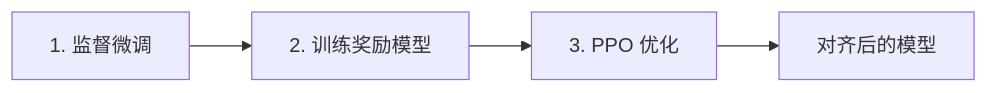
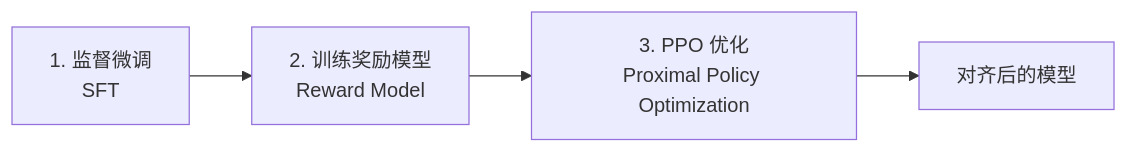
The diagram in source/chapter_06_safety/02_harmlessness.rst (noisystreet/agent_keytech), drawn with Mermaid before and after one commit. The commit also changed other lines of this file and 10 other files, not shown here.

```diff
--- a/source/chapter_06_safety/02_harmlessness.rst
+++ b/source/chapter_06_safety/02_harmlessness.rst
@@ -13,6 +13,6 @@
 .. mermaid::
 
    flowchart LR
-       SFT[1. 监督微调] --> RM[2. 训练奖励模型]
-       RM --> RL[3. PPO 优化]
+       SFT[1. 监督微调<br>SFT] --> RM[2. 训练奖励模型<br>Reward Model]
+       RM --> RL[3. PPO 优化<br>Proximal Policy Optimization]
        RL --> Aligned[对齐后的模型]
```
